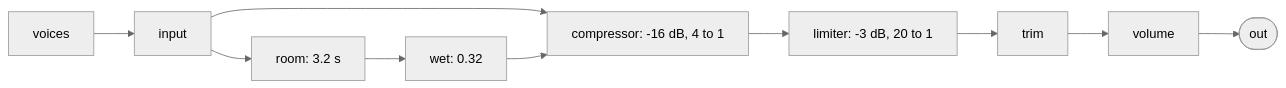
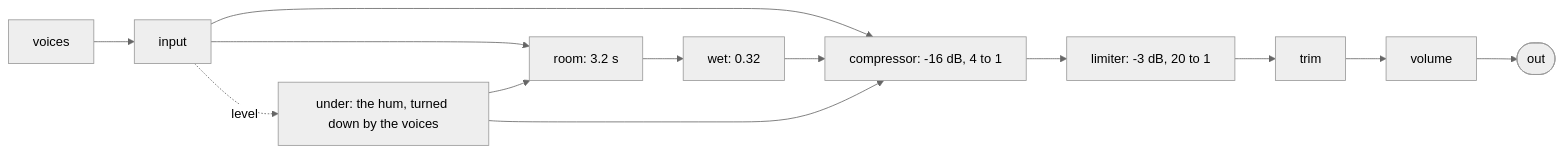
Before and after one commit to alalamav/khipu: the second of 3 diagrams in docs/sound.md, drawn with Mermaid (neutral theme). The commit also changed other lines of this file and 15 other files, not shown here.

````diff
--- a/docs/sound.md
+++ b/docs/sound.md
@@ -279,7 +284,10 @@
 ```mermaid
 flowchart LR
   V["voices"] --> IN["input"]
   IN --> C["compressor: -16 dB, 4 to 1"]
   IN --> R["room: 3.2 s"] --> W["wet: 0.32"] --> C
+  IN -.->|"level"| U["under: the hum, turned down by the voices"]
+  U --> C
+  U --> R
   C --> L["limiter: -3 dB, 20 to 1"] --> T["trim"] --> M["volume"] --> O(["out"])
 ```
````
